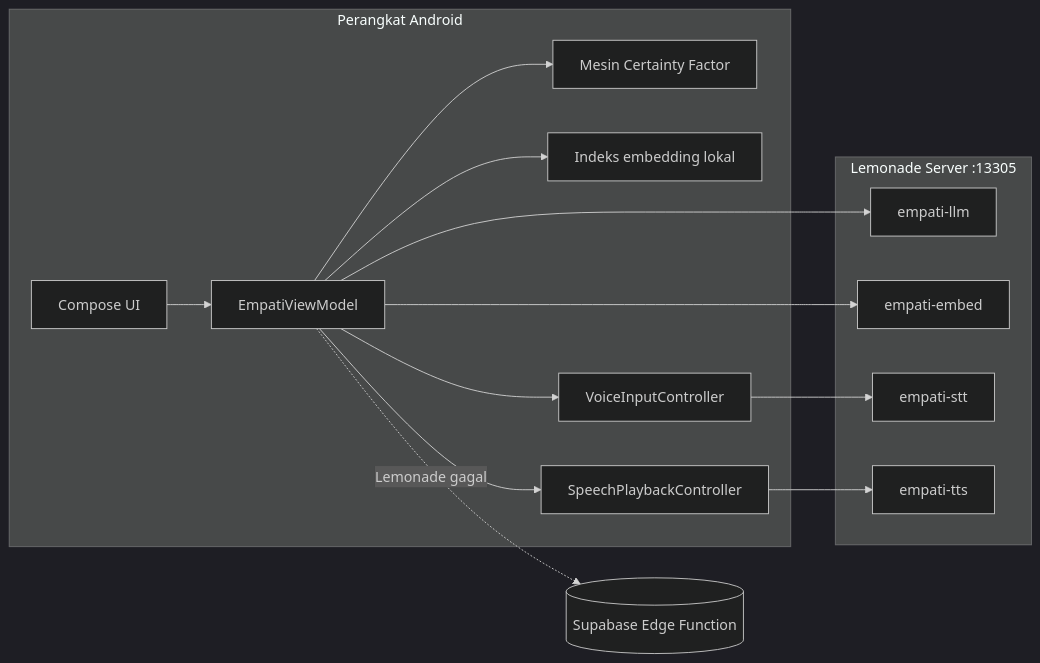
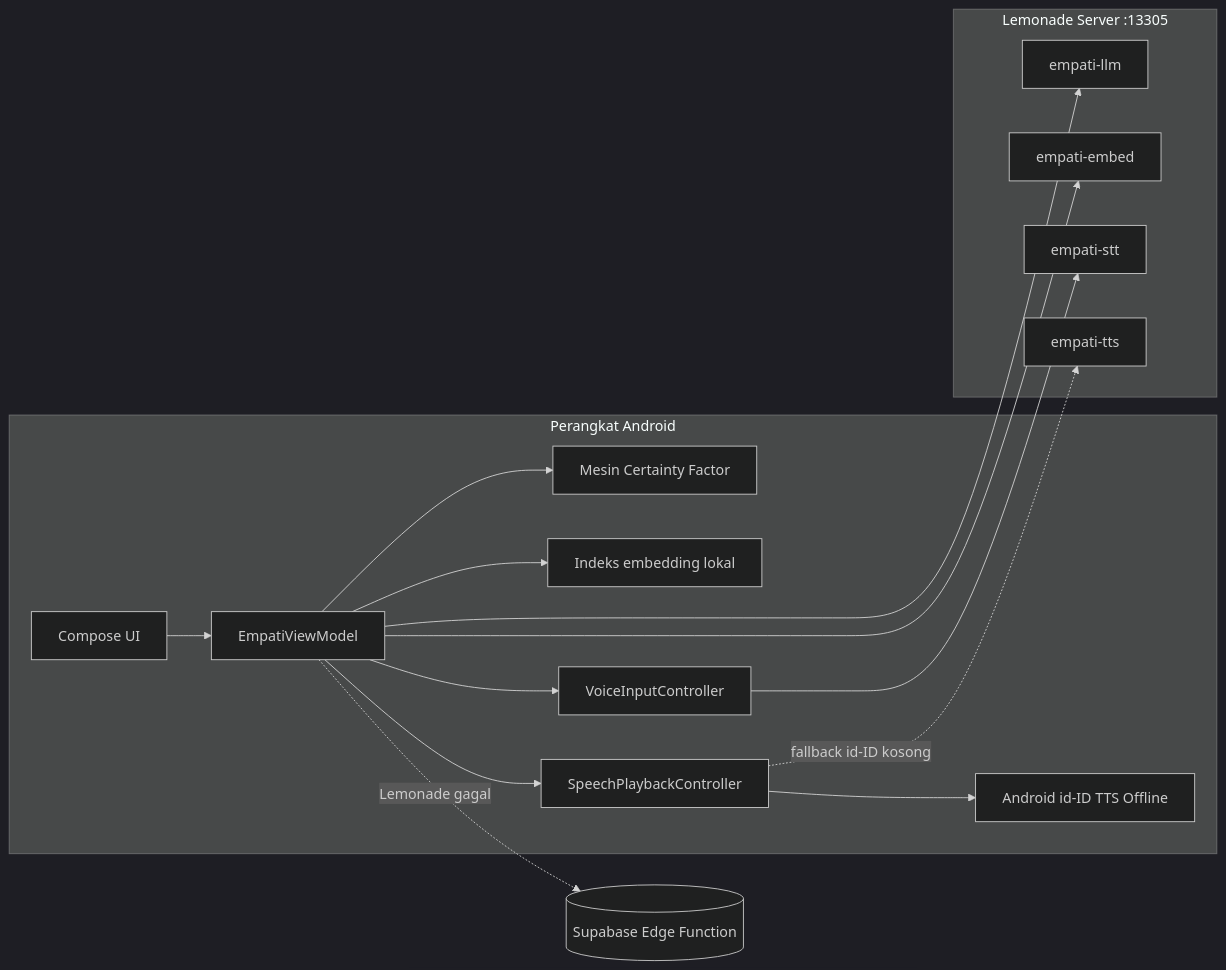
One commit to RestlessHozy/EmpatiForLemonade changed the diagram in README.md. Above: the diagram before and after it, drawn with Mermaid (dark theme). The commit also changed other lines of this file and 5 other files, not shown here.

````diff
--- a/README.md
+++ b/README.md
@@ -31,30 +45,32 @@
 ```mermaid
 flowchart LR
     subgraph device[Perangkat Android]
         UI[Compose UI]
         VM[EmpatiViewModel]
         CF[Mesin Certainty Factor]
         IDX[Indeks embedding lokal]
         VIN[VoiceInputController]
         VOUT[SpeechPlaybackController]
+        IDTTS[Android id-ID TTS Offline]
     end
 
     subgraph lemonade[Lemonade Server :13305]
         LLM[empati-llm]
         EMB[empati-embed]
         STT[empati-stt]
         TTS[empati-tts]
     end
 
     EDGE[(Supabase Edge Function)]
     UI --> VM
     VM --> CF
     VM --> IDX
     VM --> VIN
     VM --> VOUT
     VIN --> STT
     VM --> EMB
     VM --> LLM
-    VOUT --> TTS
+    VOUT --> IDTTS
+    VOUT -. fallback id-ID kosong .-> TTS
     VM -. Lemonade gagal .-> EDGE
 ```
````
